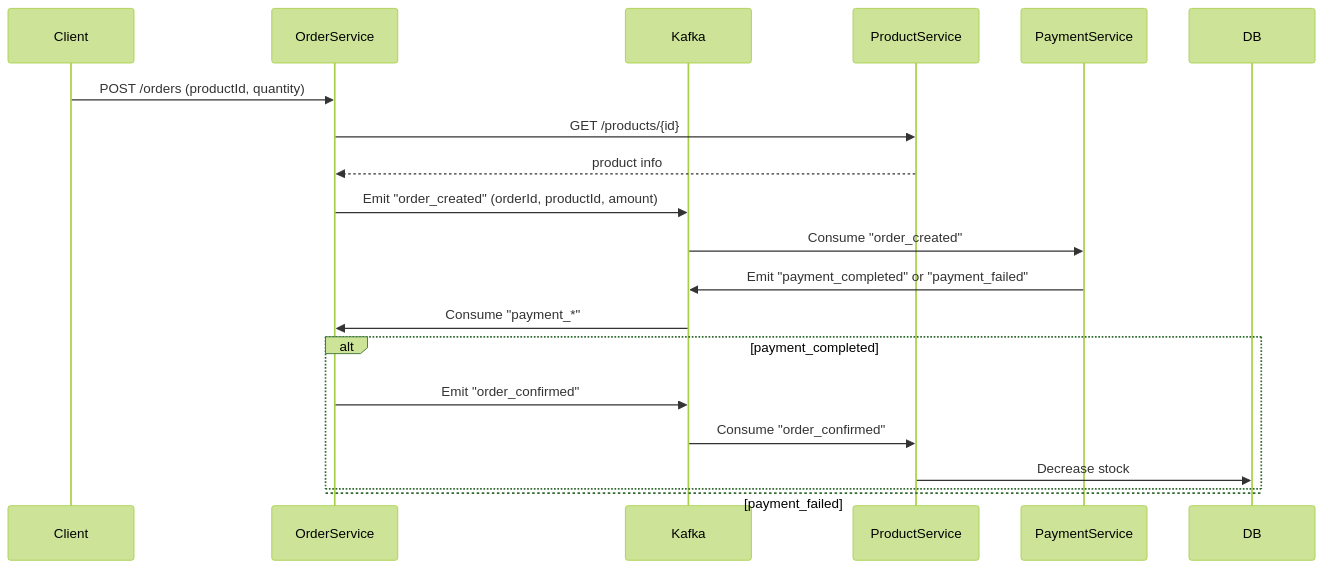
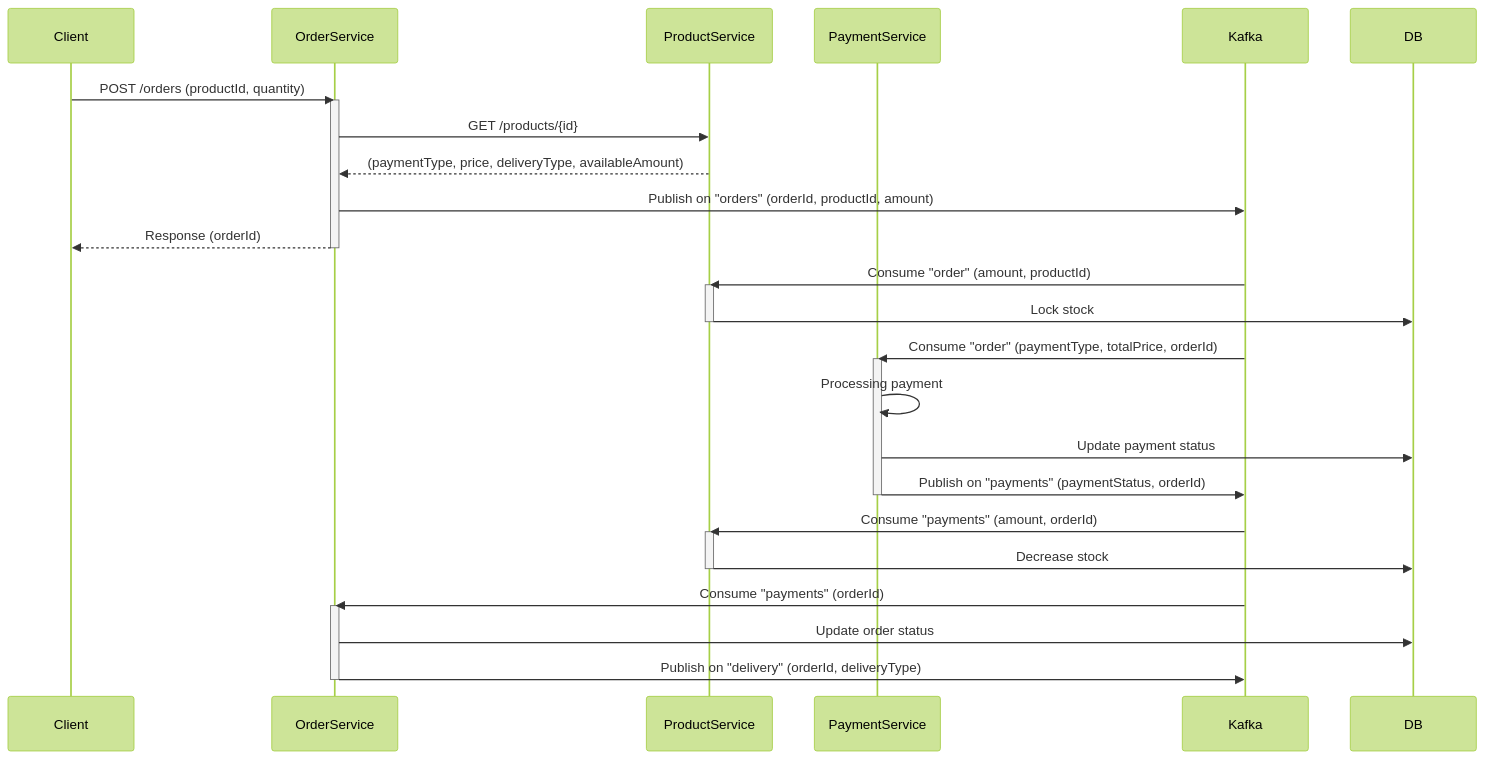
Before and after one commit to MarcinGargala/contract-tests: the third of 3 diagrams in README.md, drawn with Mermaid (forest theme). The commit also changed other lines of this file and 4 other files, not shown here.

Commit message:
- Significant improvement and progress on README - Finish diagrams of example application that will be implemented

````diff
--- a/README.md
+++ b/README.md
@@ -92,26 +120,39 @@
 ```mermaid
 sequenceDiagram
   participant Client
   participant OrderService
-  participant Kafka
   participant ProductService
   participant PaymentService
 
   Client ->> OrderService: POST /orders (productId, quantity)
+
+  activate OrderService
   OrderService ->> ProductService: GET /products/{id}
-  ProductService -->> OrderService: product info
-  OrderService ->> Kafka: Emit "order_created" (orderId, productId, amount)
+  ProductService -->> OrderService: (paymentType, price, deliveryType, availableAmount)
+  OrderService ->> Kafka: Publish on "orders" (orderId, productId, amount)
+  OrderService -->> Client: Response (orderId)
+  deactivate OrderService
 
-  Kafka ->> PaymentService: Consume "order_created"
-  PaymentService ->> Kafka: Emit "payment_completed" or "payment_failed"
+  Kafka ->> ProductService: Consume "order" (amount, productId)
+  activate ProductService
+  ProductService ->> DB: Lock stock
+  deactivate ProductService
 
-  Kafka ->> OrderService: Consume "payment_*"
-  alt payment_completed
-    OrderService ->> Kafka: Emit "order_confirmed"
-    Kafka ->> ProductService: Consume "order_confirmed"
-    ProductService ->> DB: Decrease stock
-  else payment_failed
-  end
+  Kafka ->> PaymentService: Consume "order" (paymentType, totalPrice, orderId)
+  activate PaymentService
+  PaymentService ->> PaymentService: Processing payment
+  PaymentService ->> DB: Update payment status
+  PaymentService ->> Kafka: Publish on "payments" (paymentStatus, orderId)
+  deactivate PaymentService
+  
+  Kafka ->> ProductService: Consume "payments" (amount, orderId)
+  activate ProductService
+  ProductService ->> DB: Decrease stock
+  deactivate ProductService
 
-
+  Kafka ->> OrderService: Consume "payments" (orderId)
+  activate OrderService
+  OrderService ->> DB: Update order status
+  OrderService ->> Kafka: Publish on "delivery" (orderId, deliveryType)
+  deactivate OrderService
 ```
````
